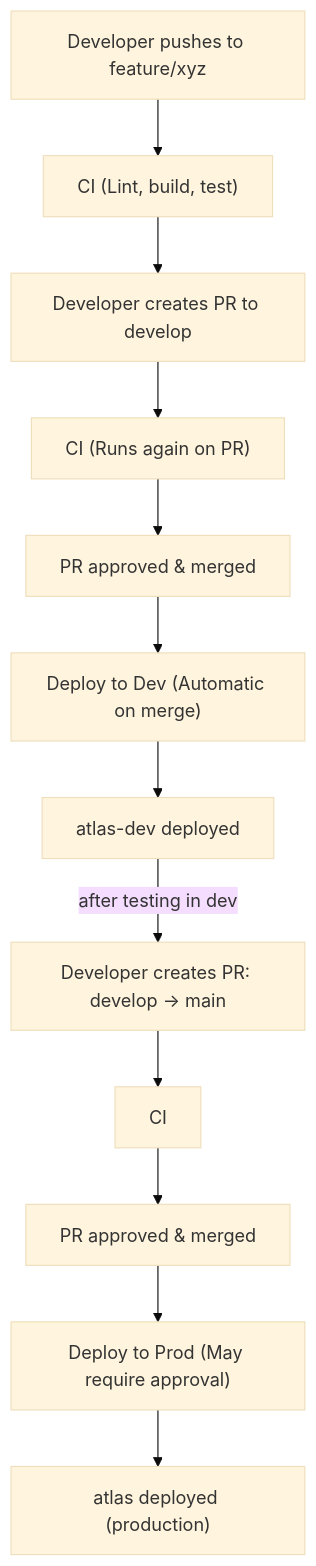
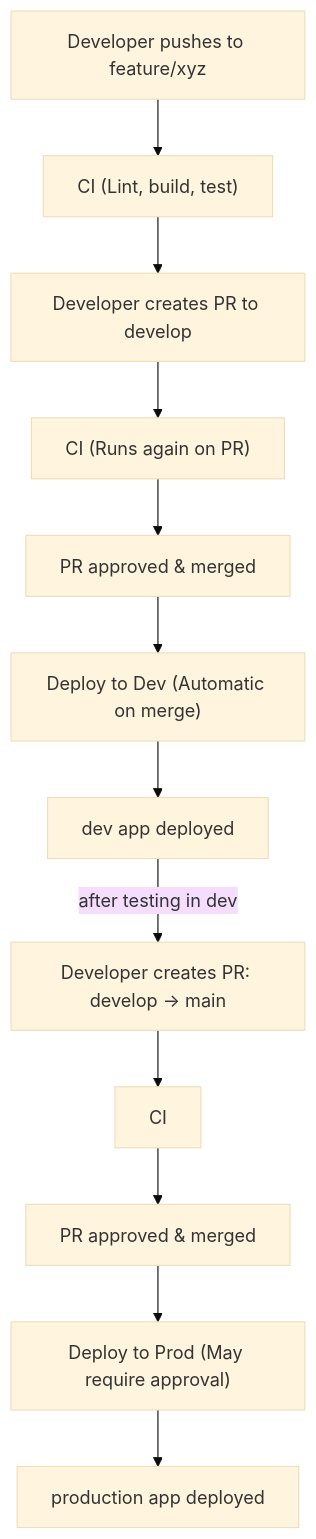
One commit to TaylorAHanson/ssc changed the diagram in .github/CICD_SETUP.md. Above: the diagram before and after it, drawn with Mermaid (base theme). The commit also changed other lines of this file and 36 other files, not shown here.

````diff
--- a/.github/CICD_SETUP.md
+++ b/.github/CICD_SETUP.md
@@ -107,15 +107,15 @@
 ```mermaid
 flowchart TD
     A["Developer pushes to feature/xyz"] --> B["CI (Lint, build, test)"]
     B --> C["Developer creates PR to develop"]
     C --> D["CI (Runs again on PR)"]
     D --> E["PR approved & merged"]
     E --> F["Deploy to Dev (Automatic on merge)"]
-    F --> G["atlas-dev deployed"]
+    F --> G["dev app deployed"]
     
     G -->|after testing in dev| H["Developer creates PR: develop → main"]
     H --> I["CI"]
     I --> J["PR approved & merged"]
     J --> K["Deploy to Prod (May require approval)"]
-    K --> L["atlas deployed (production)"]
+    K --> L["production app deployed"]
 ```
````
